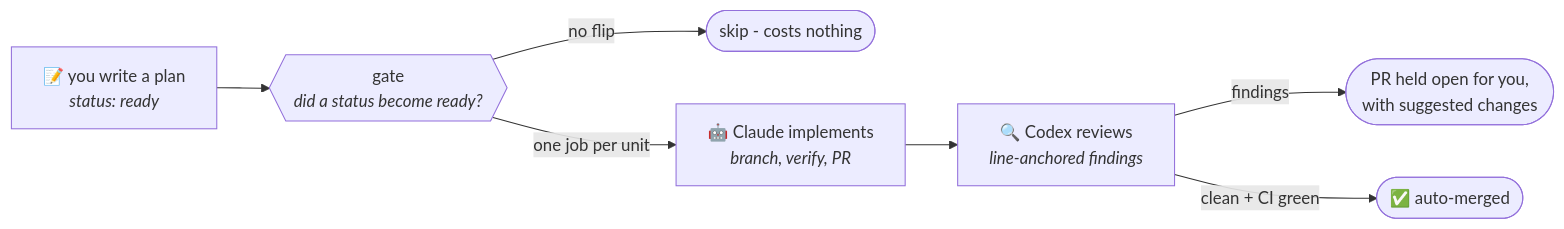
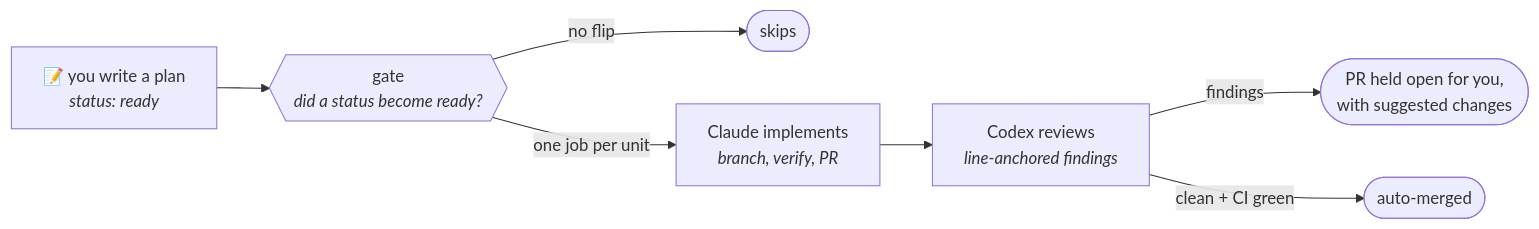
The first of 2 diagrams in README.md (RatulMaharaj/factory), drawn with Mermaid before and after one commit. The commit also changed other lines of this file, not shown here.

Commit message:
Trim the diagram: plain node labels, fewer emoji

````diff
--- a/README.md
+++ b/README.md
@@ -15,9 +15,9 @@
 ```mermaid
 flowchart LR
     A["📝 you write a plan<br/><i>status: ready</i>"] --> B{{"gate<br/><i>did a status become ready?</i>"}}
-    B -- "no flip" --> Z(["skip - costs nothing"])
-    B -- "one job per unit" --> C["🤖 Claude implements<br/><i>branch, verify, PR</i>"]
-    C --> D["🔍 Codex reviews<br/><i>line-anchored findings</i>"]
+    B -- "no flip" --> Z(["skips"])
+    B -- "one job per unit" --> C["Claude implements<br/><i>branch, verify, PR</i>"]
+    C --> D["Codex reviews<br/><i>line-anchored findings</i>"]
     D -- "findings" --> E(["PR held open for you,<br/>with suggested changes"])
-    D -- "clean + CI green" --> F(["✅ auto-merged"])
+    D -- "clean + CI green" --> F(["auto-merged"])
 ```
````
